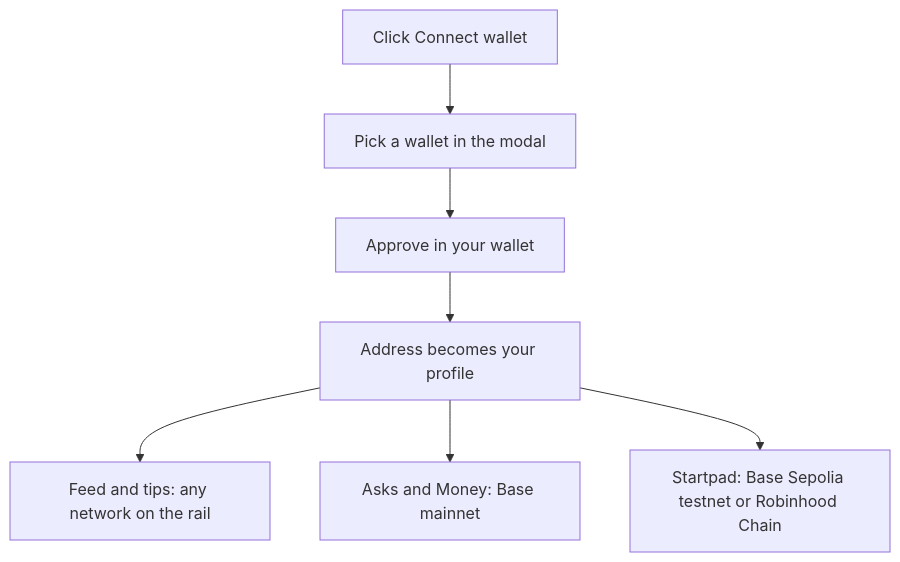
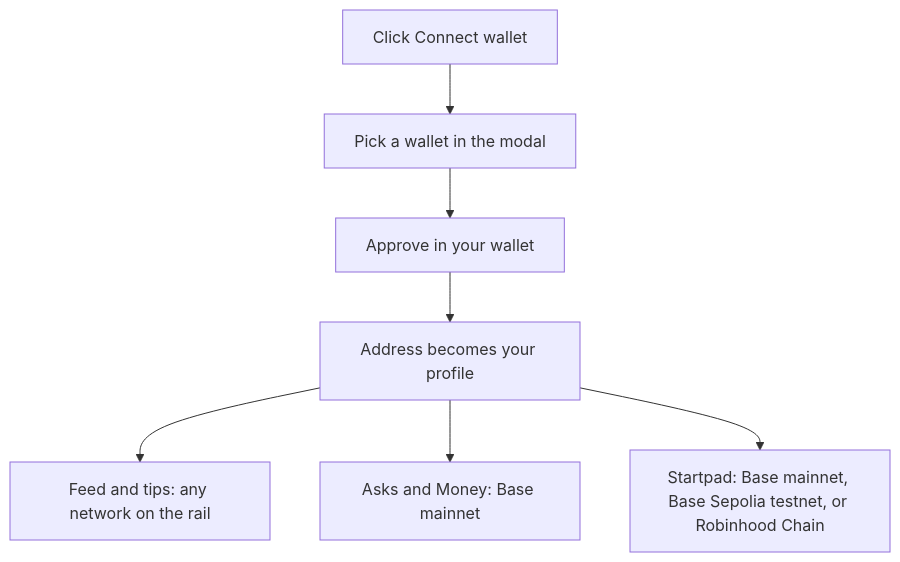
Before and after one commit to Story91/mysphere: the diagram in app/Docs/_content/getting-started.md, drawn with Mermaid. The commit also changed other lines of this file and 2 other files, not shown here.

First line of the commit message:
docs(live): Startpad is on Base mainnet - fix the user-facing /Docs

````diff
--- a/app/Docs/_content/getting-started.md
+++ b/app/Docs/_content/getting-started.md
@@ -27,9 +27,9 @@
 ```mermaid
 flowchart TD
     A["Click Connect wallet"] --> B["Pick a wallet in the modal"]
     B --> C["Approve in your wallet"]
     C --> D["Address becomes your profile"]
     D --> E["Feed and tips: any network on the rail"]
     D --> F["Asks and Money: Base mainnet"]
-    D --> G["Startpad: Base Sepolia testnet or Robinhood Chain"]
+    D --> G["Startpad: Base mainnet, Base Sepolia testnet, or Robinhood Chain"]
 ```
````
